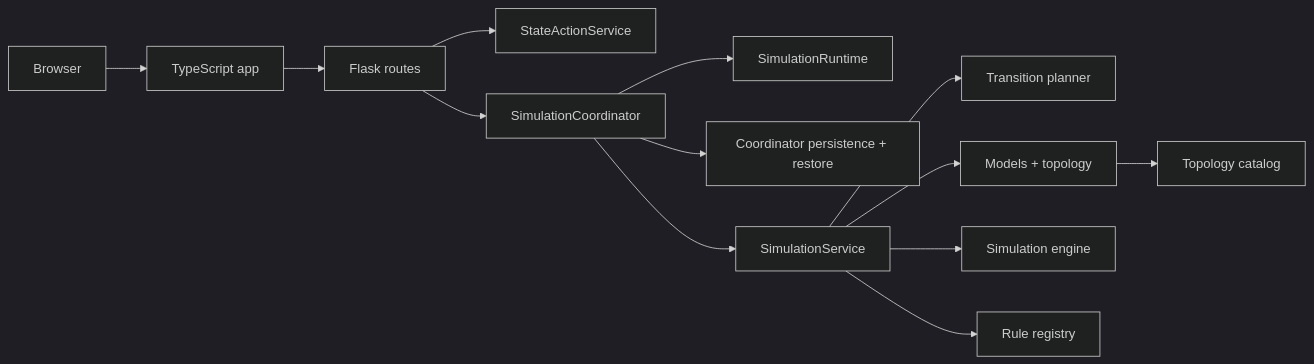
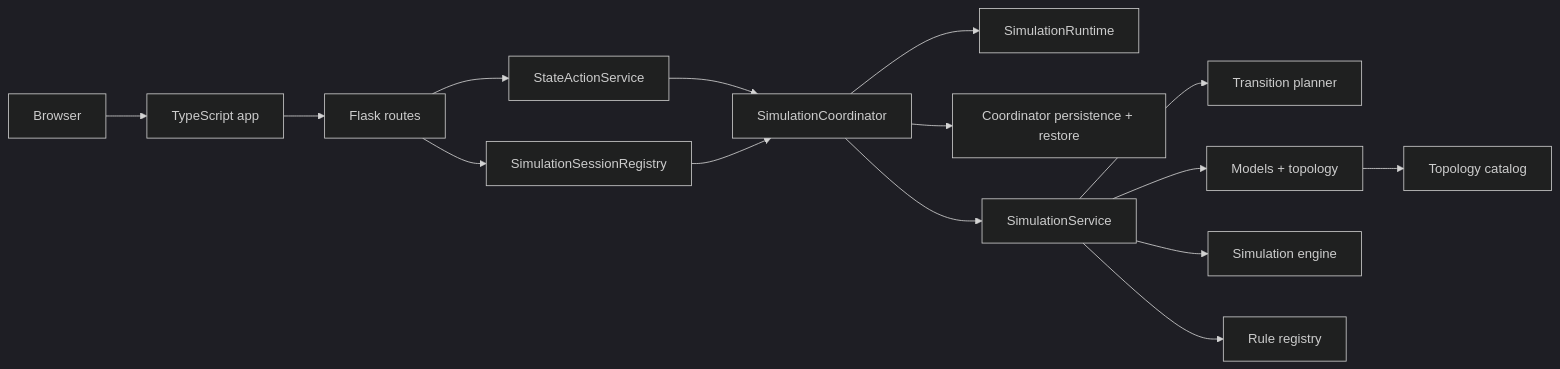
One commit to Grgs/cellular-automaton-lab changed the diagram in docs/ARCHITECTURE.md. Above: the diagram before and after it, drawn with Mermaid (dark theme). The commit also changed other lines of this file and 13 other files, not shown here.

Commit message:
Add session-scoped simulation API

````diff
--- a/docs/ARCHITECTURE.md
+++ b/docs/ARCHITECTURE.md
@@ -9,15 +9,17 @@
 ```mermaid
 flowchart LR
     Browser["Browser"] --> Frontend["TypeScript app"]
     Frontend --> Routes["Flask routes"]
+    Routes --> Sessions["SimulationSessionRegistry"]
     Routes --> StateActions["StateActionService"]
-    Routes --> Coordinator["SimulationCoordinator"]
+    StateActions --> Coordinator["SimulationCoordinator"]
+    Sessions --> Coordinator
     Coordinator --> Runtime["SimulationRuntime"]
     Coordinator --> Persist["Coordinator persistence + restore"]
     Coordinator --> Service["SimulationService"]
     Service --> Planner["Transition planner"]
     Service --> Models["Models + topology"]
     Service --> Engine["Simulation engine"]
     Models --> Catalog["Topology catalog"]
     Service --> Rules["Rule registry"]
 ```
````
